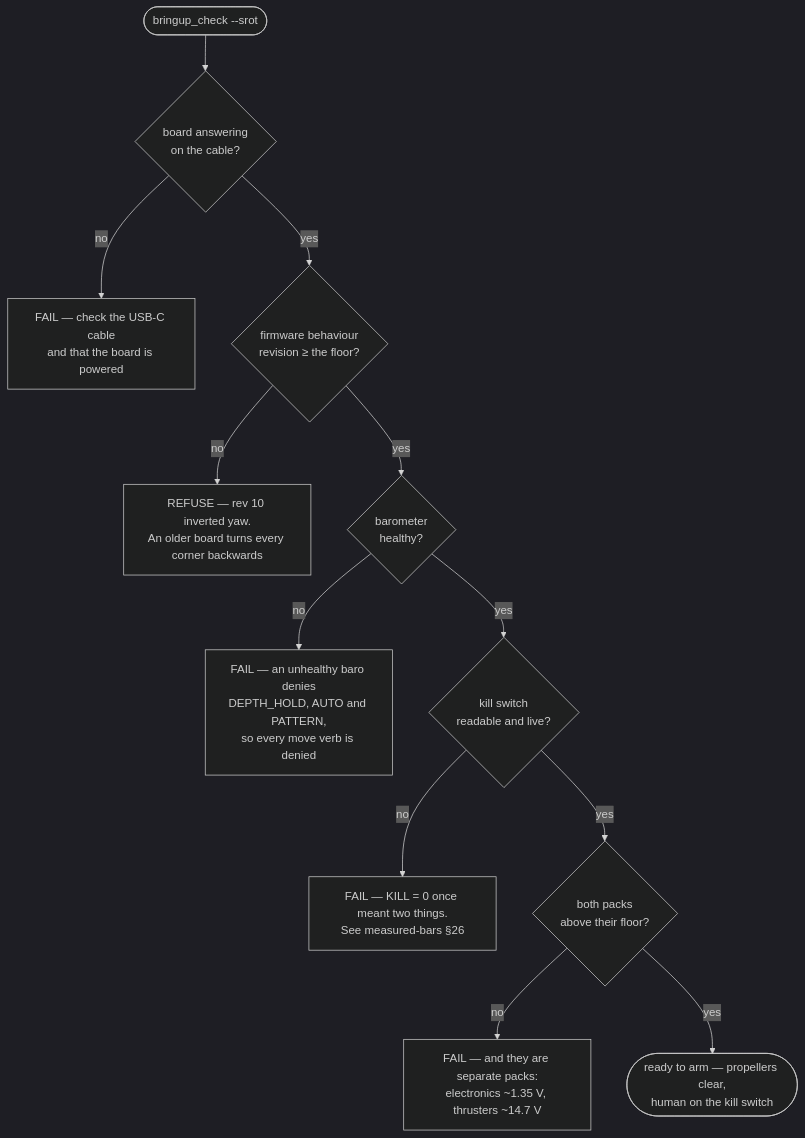
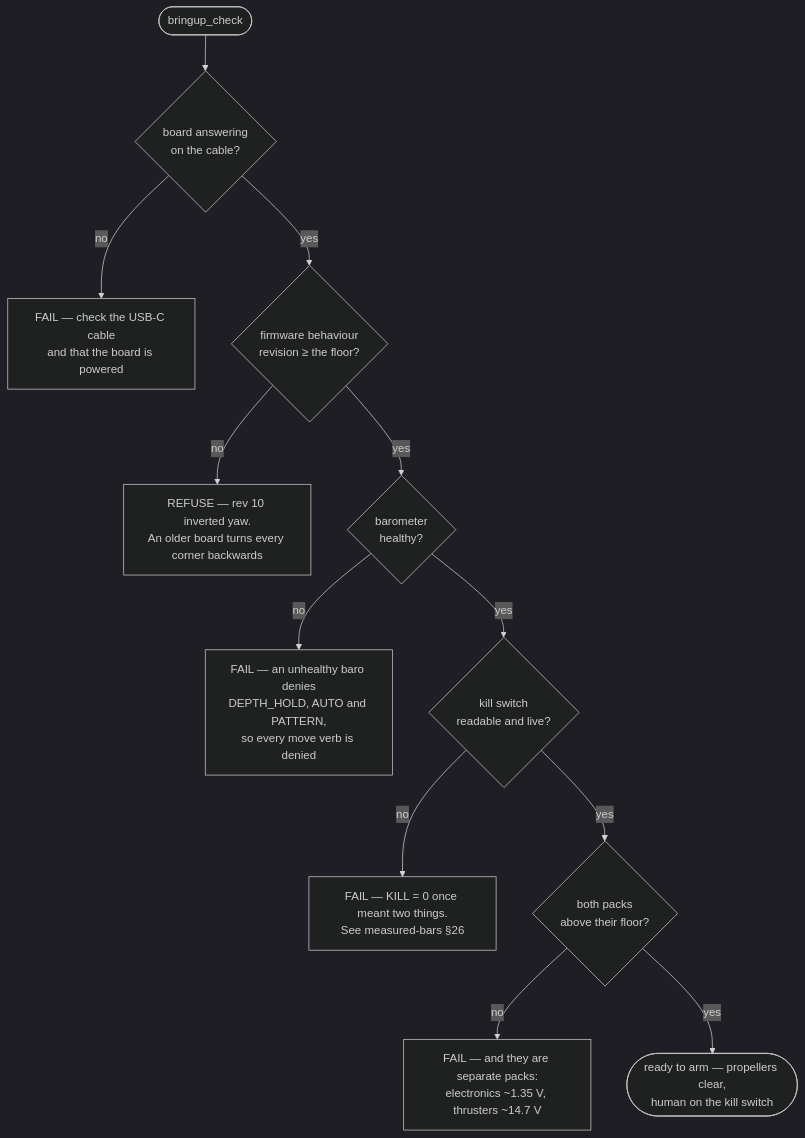
The first of 10 diagrams in README.md (fh1m/mongla_ws), drawn with Mermaid (dark theme) before and after one commit. The commit also changed other lines of this file and 41 other files, not shown here.

````diff
--- a/README.md
+++ b/README.md
@@ -168,14 +168,14 @@
 ```mermaid
 flowchart TB
-    START(["bringup_check --srot"]) --> LINK{"board answering<br/>on the cable?"}
+    START(["bringup_check"]) --> LINK{"board answering<br/>on the cable?"}
     LINK -->|no| F1["FAIL — check the USB-C cable<br/>and that the board is powered"]
     LINK -->|yes| REV{"firmware behaviour<br/>revision ≥ the floor?"}
     REV -->|no| F2["REFUSE — rev 10 inverted yaw.<br/>An older board turns every corner backwards"]
     REV -->|yes| BARO{"barometer<br/>healthy?"}
     BARO -->|no| F3["FAIL — an unhealthy baro denies<br/>DEPTH_HOLD, AUTO and PATTERN,<br/>so every move verb is denied"]
     BARO -->|yes| KILL{"kill switch<br/>readable and live?"}
     KILL -->|no| F4["FAIL — KILL = 0 once meant two things.<br/>See measured-bars §26"]
     KILL -->|yes| BATT{"both packs<br/>above their floor?"}
     BATT -->|no| F5["FAIL — and they are separate packs:<br/>electronics ~1.35 V, thrusters ~14.7 V"]
     BATT -->|yes| OK(["ready to arm — propellers clear,<br/>human on the kill switch"])
 ```
````
